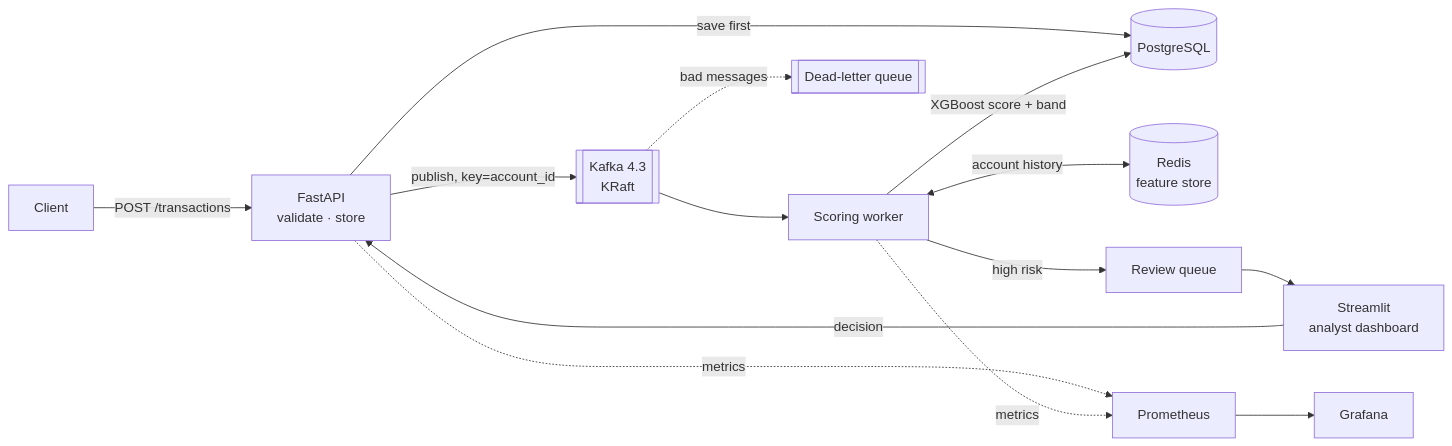
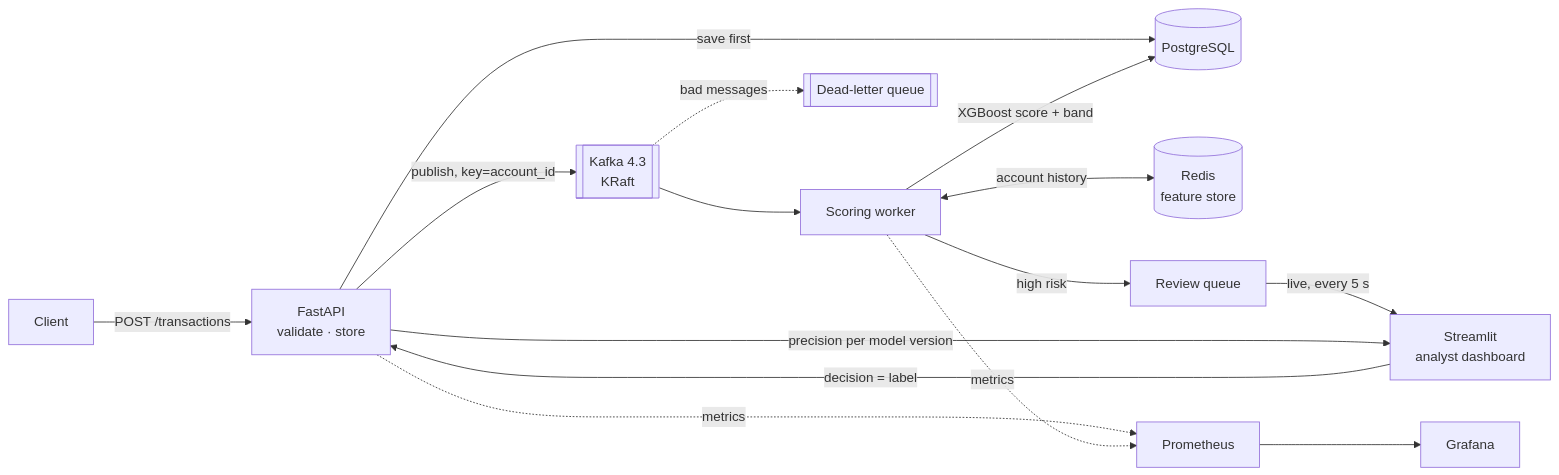
Before and after one commit to MohdAsif-AIML25/fraudstream-ai: the diagram in README.md, drawn with Mermaid. The commit also changed other lines of this file and 1 other file, not shown here.

First line of the commit message:
docs: document model promotion, live workflow and new metrics

````diff
--- a/README.md
+++ b/README.md
@@ -12,16 +14,17 @@
 ```mermaid
 flowchart LR
     C[Client] -->|POST /transactions| API[FastAPI<br/>validate · store]
     API -->|save first| PG[(PostgreSQL)]
     API -->|publish, key=account_id| K[[Kafka 4.3<br/>KRaft]]
     K --> W[Scoring worker]
     W <-->|account history| R[(Redis<br/>feature store)]
     W -->|XGBoost score + band| PG
     W -->|high risk| RQ[Review queue]
-    RQ --> D[Streamlit<br/>analyst dashboard]
-    D -->|decision| API
+    RQ -->|live, every 5 s| D[Streamlit<br/>analyst dashboard]
+    D -->|decision = label| API
+    API -->|precision per model version| D
     API -.metrics.-> P[Prometheus]
     W -.metrics.-> P
     P --> G[Grafana]
     K -.bad messages.-> DLQ[[Dead-letter queue]]
 ```
````
